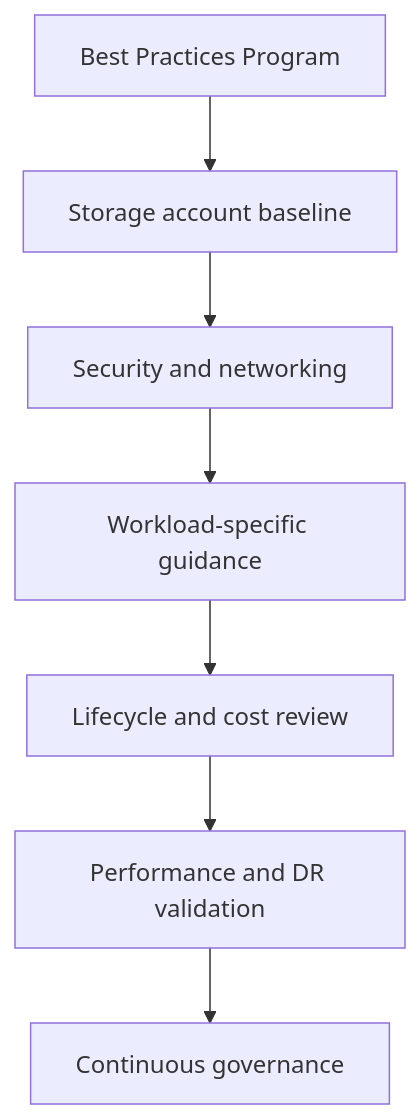
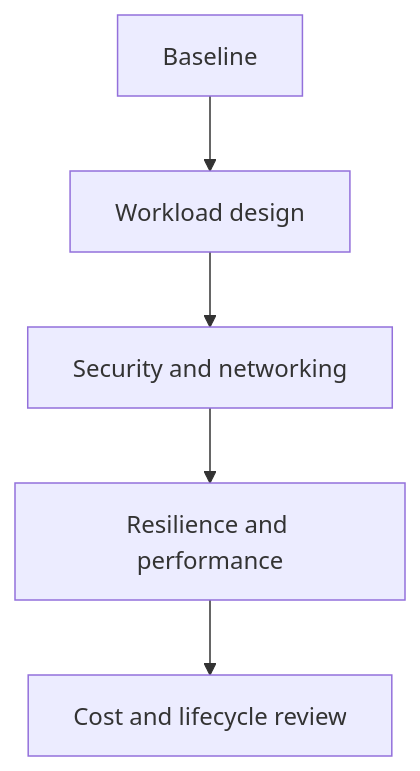
Before and after one commit to yeongseon/azure-storage-practical-guide: the diagram in docs/best-practices/index.md, drawn with Mermaid. The commit also changed other lines of this file and 90 other files, not shown here.

````diff
--- a/docs/best-practices/index.md
+++ b/docs/best-practices/index.md
@@ -30,9 +25,12 @@
 ```mermaid
 flowchart TD
-    A[Best Practices Program] --> B[Storage account baseline]
-    B --> C[Security and networking]
-    C --> D[Workload-specific guidance]
-    D --> E[Lifecycle and cost review]
-    E --> F[Performance and DR validation]
-    F --> G[Continuous governance]
+    A[Baseline]
+    B[Workload design]
+    A --> B
+    C[Security and networking]
+    B --> C
+    D[Resilience and performance]
+    C --> D
+    E[Cost and lifecycle review]
+    D --> E
 ```
````
